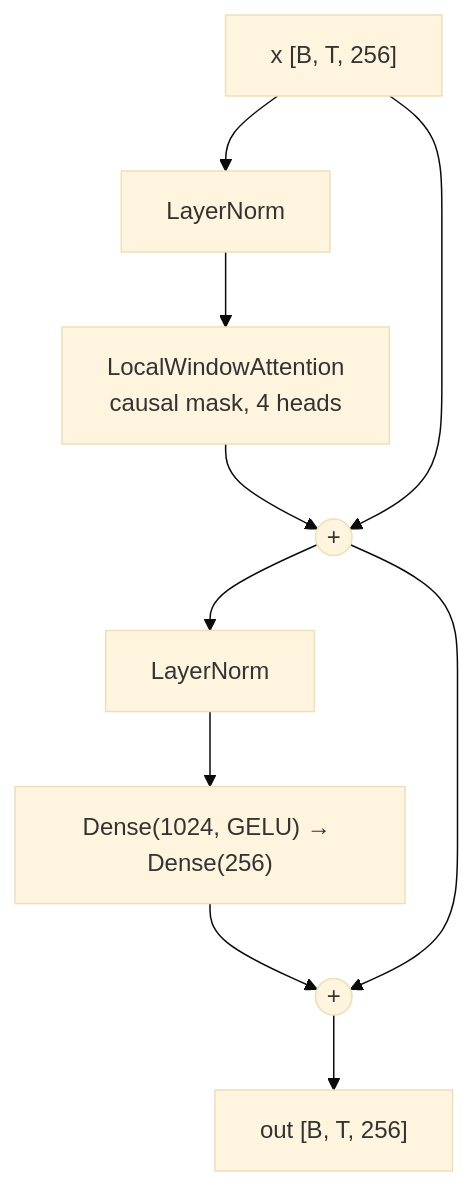
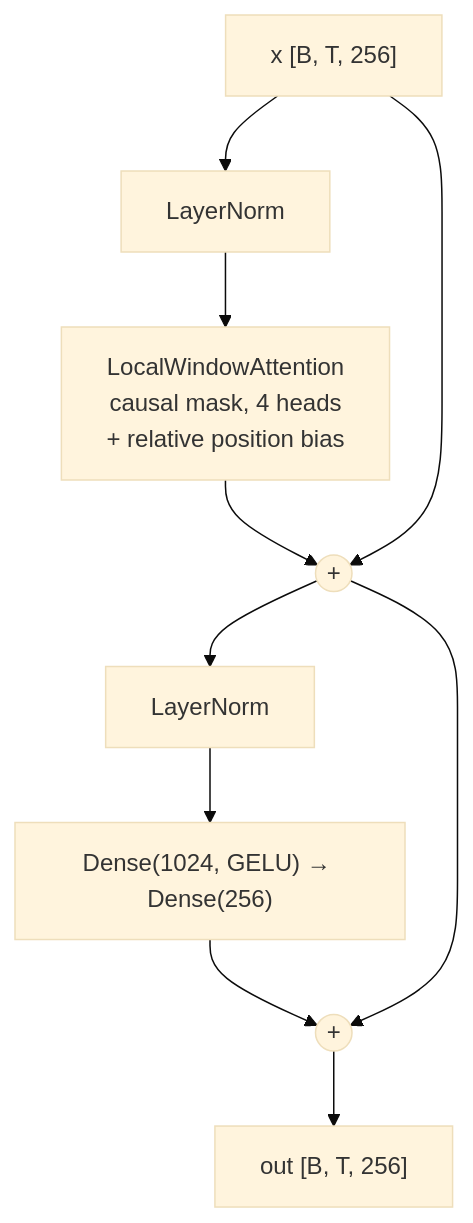
One commit to DavidKeeler/music changed the second of 2 diagrams in docs/architecture.md. Above: the diagram before and after it, drawn with Mermaid (base theme). The commit also changed other lines of this file and 5 other files, not shown here.

````diff
--- a/docs/architecture.md
+++ b/docs/architecture.md
@@ -57,11 +71,11 @@
 ```mermaid
 graph TD
     X["x [B, T, 256]"] --> N1["LayerNorm"]
-    N1 --> ATT["LocalWindowAttention<br/>causal mask, 4 heads"]
+    N1 --> ATT["LocalWindowAttention<br/>causal mask, 4 heads<br/>+ relative position bias"]
     ATT --> A1(("+")) --> N2["LayerNorm"]
     X --> A1
     N2 --> FFN["Dense(1024, GELU) → Dense(256)"]
     FFN --> A2(("+"))
     A1 --> A2
     A2 --> Out["out [B, T, 256]"]
 ```
````
